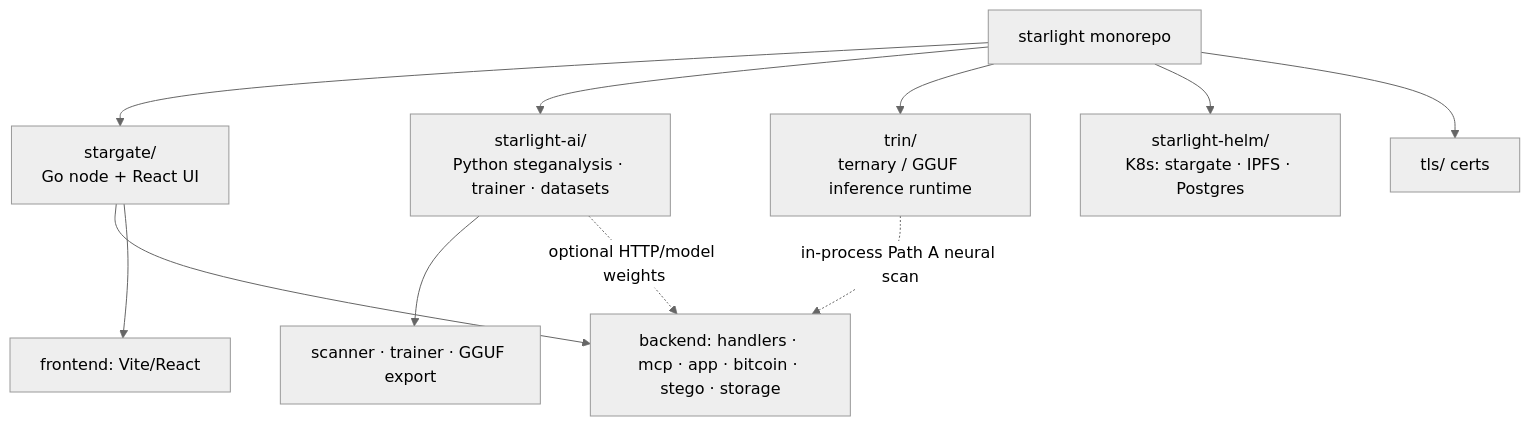
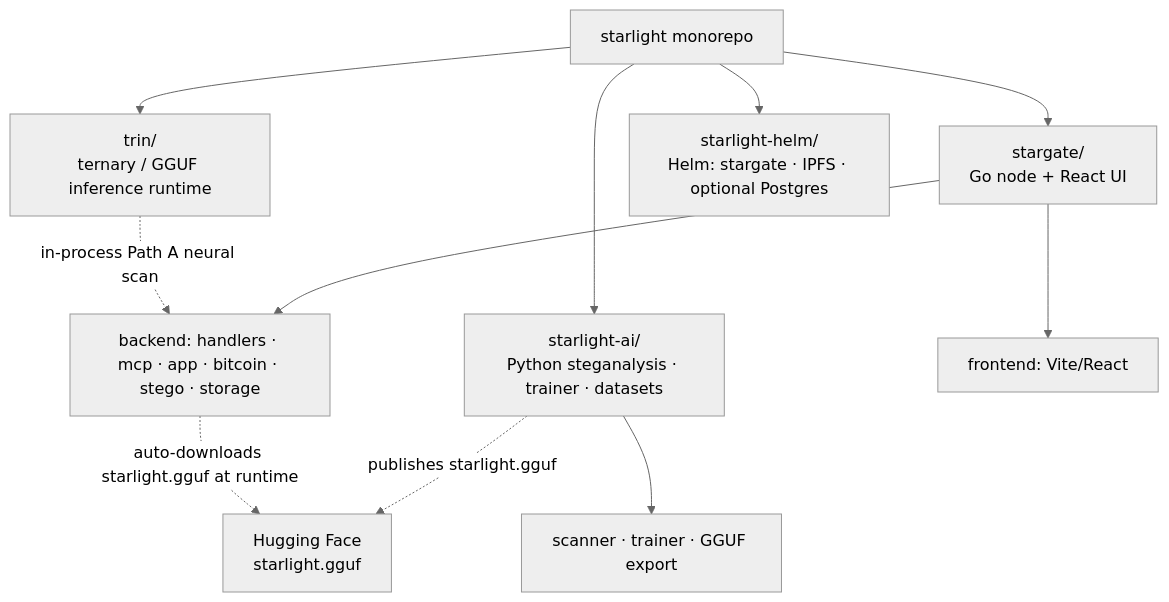
One commit to macroadster/starlight changed the fifth of 6 diagrams in ARCHITECTURE.md. Above: the diagram before and after it, drawn with Mermaid (neutral theme). The commit also changed other lines of this file, not shown here.

Commit message:
docs: update ARCHITECTURE.md — marketplace framing, starlight-ai naming, drop stale tls/ and HTTP-scanner refs, managed btcd default

````diff
--- a/ARCHITECTURE.md
+++ b/ARCHITECTURE.md
@@ -166,16 +166,17 @@
 ```mermaid
 flowchart TB
   ROOT[starlight monorepo]
 
   ROOT --> STG[stargate/<br/>Go node + React UI]
   ROOT --> SL[starlight-ai/<br/>Python steganalysis · trainer · datasets]
   ROOT --> TR[trin/<br/>ternary / GGUF inference runtime]
-  ROOT --> HELM[starlight-helm/<br/>K8s: stargate · IPFS · Postgres]
-  ROOT --> TLS[tls/ certs]
+  ROOT --> HELM[starlight-helm/<br/>Helm: stargate · IPFS · optional Postgres]
+  HF[Hugging Face<br/>starlight.gguf]
 
   STG --> BE[backend: handlers · mcp · app · bitcoin · stego · storage]
   STG --> FE[frontend: Vite/React]
   SL --> SCAN[scanner · trainer · GGUF export]
-  SL -.->|optional HTTP/model weights| BE
+  SL -.->|publishes starlight.gguf| HF
+  BE -.->|auto-downloads starlight.gguf at runtime| HF
   TR -.->|in-process Path A neural scan| BE
 ```
````
